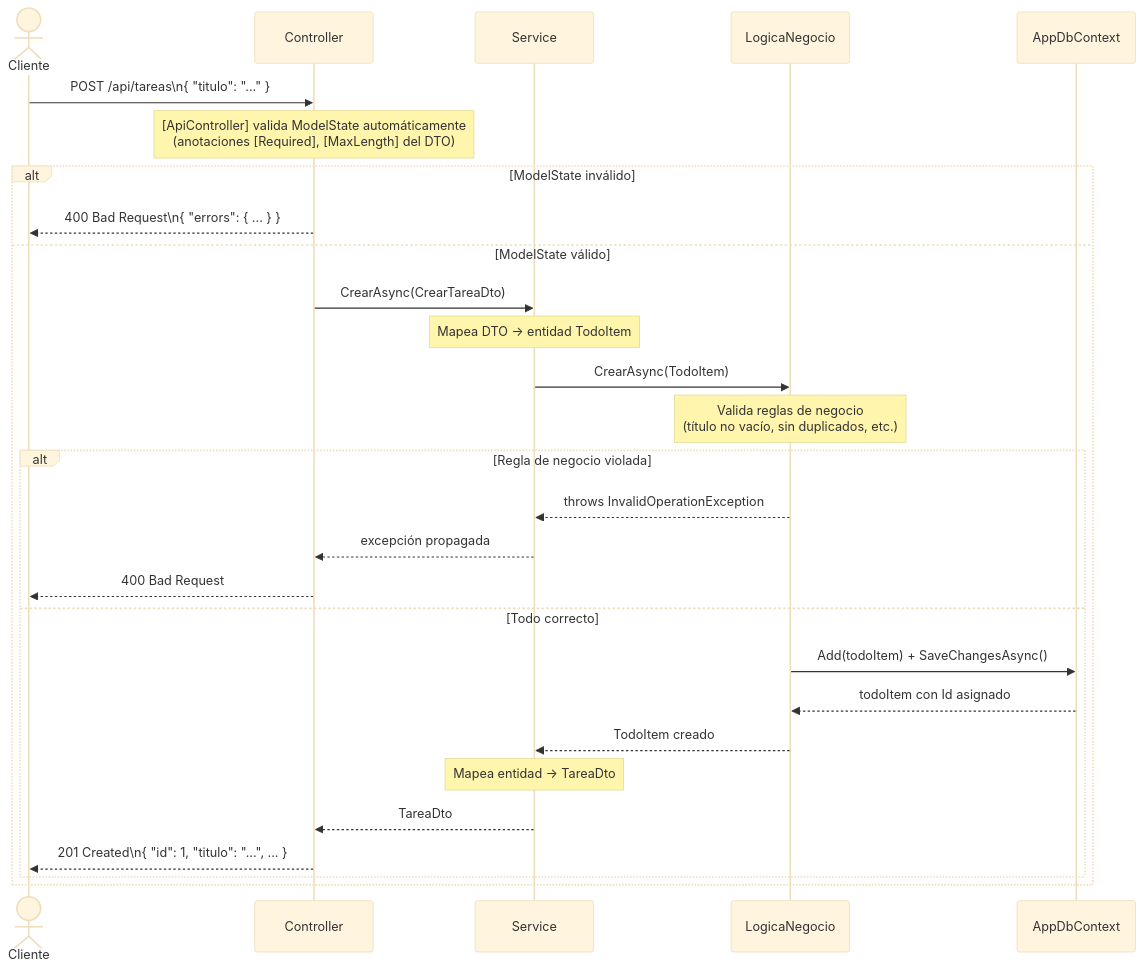
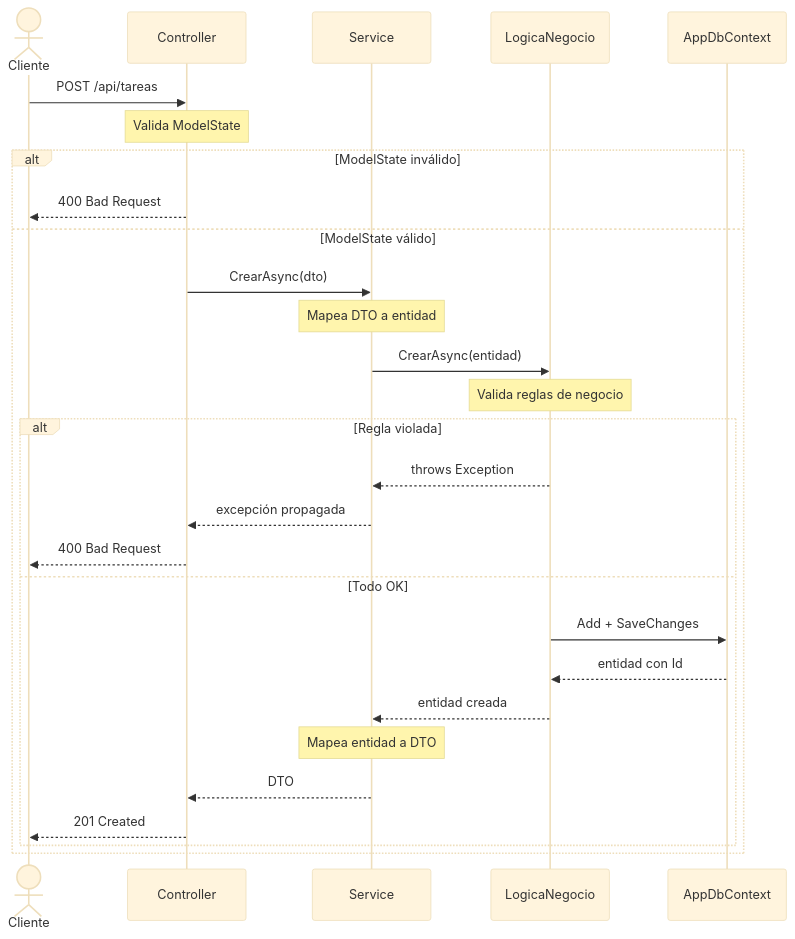
One commit to hispafox/DemoCopilot changed the fifth of 7 diagrams in docs/skills-orquestacion.md. Above: the diagram before and after it, drawn with Mermaid (base theme). The commit also changed other lines of this file and 3 other files, not shown here.

````diff
--- a/docs/skills-orquestacion.md
+++ b/docs/skills-orquestacion.md
@@ -174,31 +228,31 @@
 ```mermaid
 sequenceDiagram
     actor Cliente
     participant C as Controller
     participant S as Service
     participant L as LogicaNegocio
     participant DB as AppDbContext
 
-    Cliente->>C: POST /api/tareas\n{ "titulo": "..." }
-    Note over C: [ApiController] valida ModelState automáticamente<br/>(anotaciones [Required], [MaxLength] del DTO)
+    Cliente->>C: POST /api/tareas
+    Note over C: Valida ModelState
     alt ModelState inválido
-        C-->>Cliente: 400 Bad Request\n{ "errors": { ... } }
+        C-->>Cliente: 400 Bad Request
     else ModelState válido
-        C->>S: CrearAsync(CrearTareaDto)
-        Note over S: Mapea DTO → entidad TodoItem
-        S->>L: CrearAsync(TodoItem)
-        Note over L: Valida reglas de negocio<br/>(título no vacío, sin duplicados, etc.)
-        alt Regla de negocio violada
-            L-->>S: throws InvalidOperationException
+        C->>S: CrearAsync(dto)
+        Note over S: Mapea DTO a entidad
+        S->>L: CrearAsync(entidad)
+        Note over L: Valida reglas de negocio
+        alt Regla violada
+            L-->>S: throws Exception
             S-->>C: excepción propagada
             C-->>Cliente: 400 Bad Request
-        else Todo correcto
-            L->>DB: Add(todoItem) + SaveChangesAsync()
-            DB-->>L: todoItem con Id asignado
-            L-->>S: TodoItem creado
-            Note over S: Mapea entidad → TareaDto
-            S-->>C: TareaDto
-            C-->>Cliente: 201 Created\n{ "id": 1, "titulo": "...", ... }
+        else Todo OK
+            L->>DB: Add + SaveChanges
+            DB-->>L: entidad con Id
+            L-->>S: entidad creada
+            Note over S: Mapea entidad a DTO
+            S-->>C: DTO
+            C-->>Cliente: 201 Created
         end
     end
 ```
````
